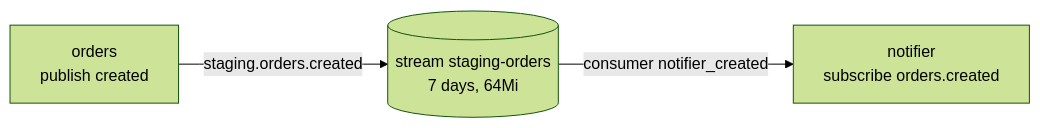
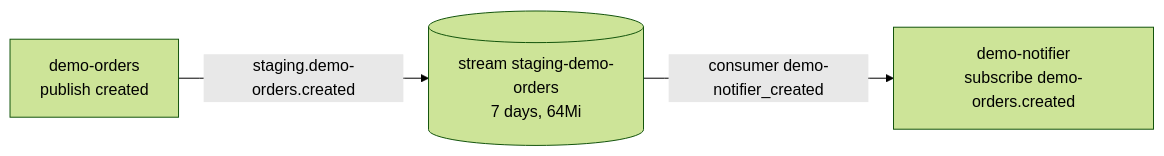
Before and after one commit to samclement/swhurl-platform: the fourth of 8 diagrams in docs/apps.md, drawn with Mermaid (forest theme). The commit also changed other lines of this file and 8 other files, not shown here.

````diff
--- a/docs/apps.md
+++ b/docs/apps.md
@@ -269,5 +299,5 @@
 ```mermaid
 flowchart LR
-  orders["orders<br/>publish created"] -- "staging.orders.created" --> stream[("stream staging-orders<br/>7 days, 64Mi")]
-  stream -- "consumer notifier_created" --> notifier["notifier<br/>subscribe orders.created"]
+  orders["demo-orders<br/>publish created"] -- "staging.demo-orders.created" --> stream[("stream staging-demo-orders<br/>7 days, 64Mi")]
+  stream -- "consumer demo-notifier_created" --> notifier["demo-notifier<br/>subscribe demo-orders.created"]
 ```
````
